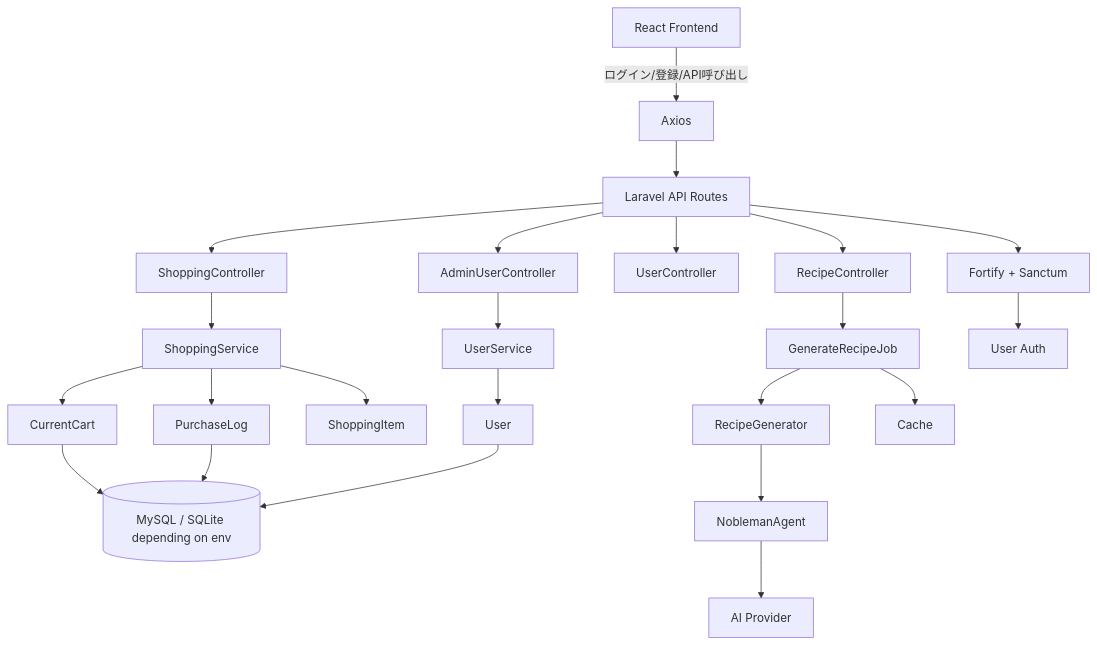
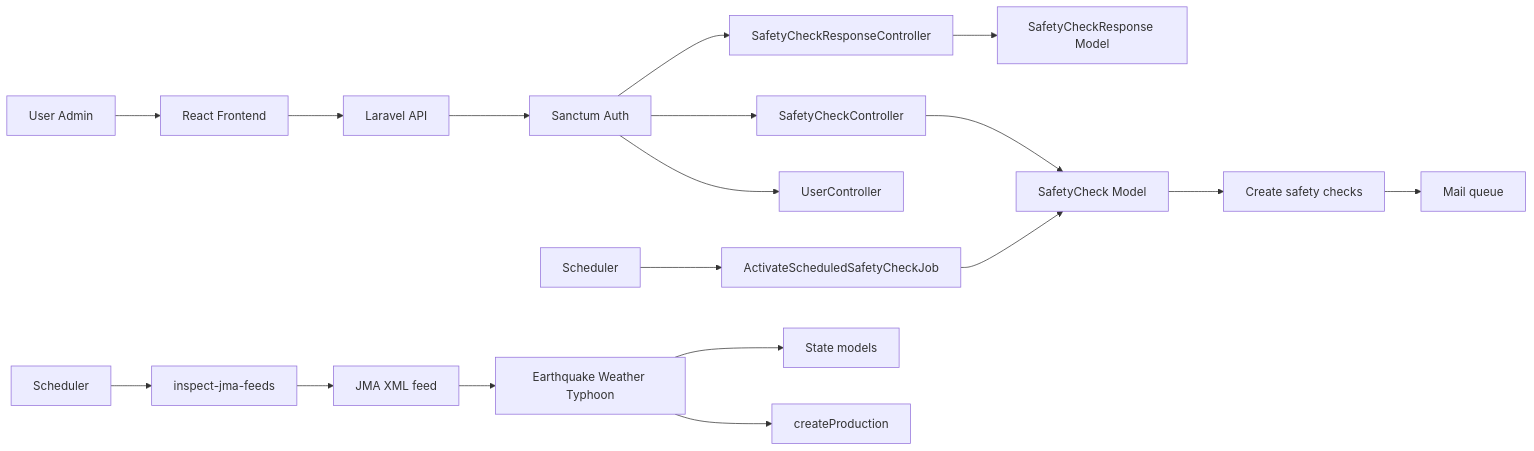
Before and after one commit to alcion-demo/API_safetycheck: the first of 2 diagrams in README.md, drawn with Mermaid. The commit also changed other lines of this file and 10 other files, not shown here.

````diff
--- a/README.md
+++ b/README.md
@@ -256,30 +273,23 @@
 ```mermaid
-graph TD
-    A[React Frontend] -->|ログイン/登録/API呼び出し| B[Axios]
-    B --> C[Laravel API Routes]
-    C --> D[ShoppingController]
-    C --> E[AdminUserController]
-    C --> F[UserController]
-    C --> G[RecipeController]
+flowchart LR
+    A[User Admin] --> B[React Frontend]
+    B --> C[Laravel API]
+    C --> D[Sanctum Auth]
+    D --> E[UserController]
+    D --> F[SafetyCheckController]
+    D --> G[SafetyCheckResponseController]
 
-    D --> H[ShoppingService]
-    H --> I[CurrentCart]
-    H --> J[PurchaseLog]
-    H --> K[ShoppingItem]
+    F --> H[SafetyCheck Model]
+    G --> I[SafetyCheckResponse Model]
+    H --> J[Create safety checks]
+    J --> K[Mail queue]
 
-    E --> L[UserService]
-    L --> M[User]
+    L[Scheduler] --> M[ActivateScheduledSafetyCheckJob]
+    M --> H
 
-    G --> N[GenerateRecipeJob]
-    N --> O[RecipeGenerator]
-    O --> P[NoblemanAgent]
-    P --> Q[AI Provider]
-    N --> R[Cache]
-
-    C --> S[Fortify + Sanctum]
-    S --> T[User Auth]
-
-    I --> U[(MySQL / SQLite depending on env)]
-    J --> U
-    M --> U
+    N[Scheduler] --> O[inspect-jma-feeds]
+    O --> P[JMA XML feed]
+    P --> Q[Earthquake Weather Typhoon]
+    Q --> R[createProduction]
+    Q --> S[State models]
 ```
````
